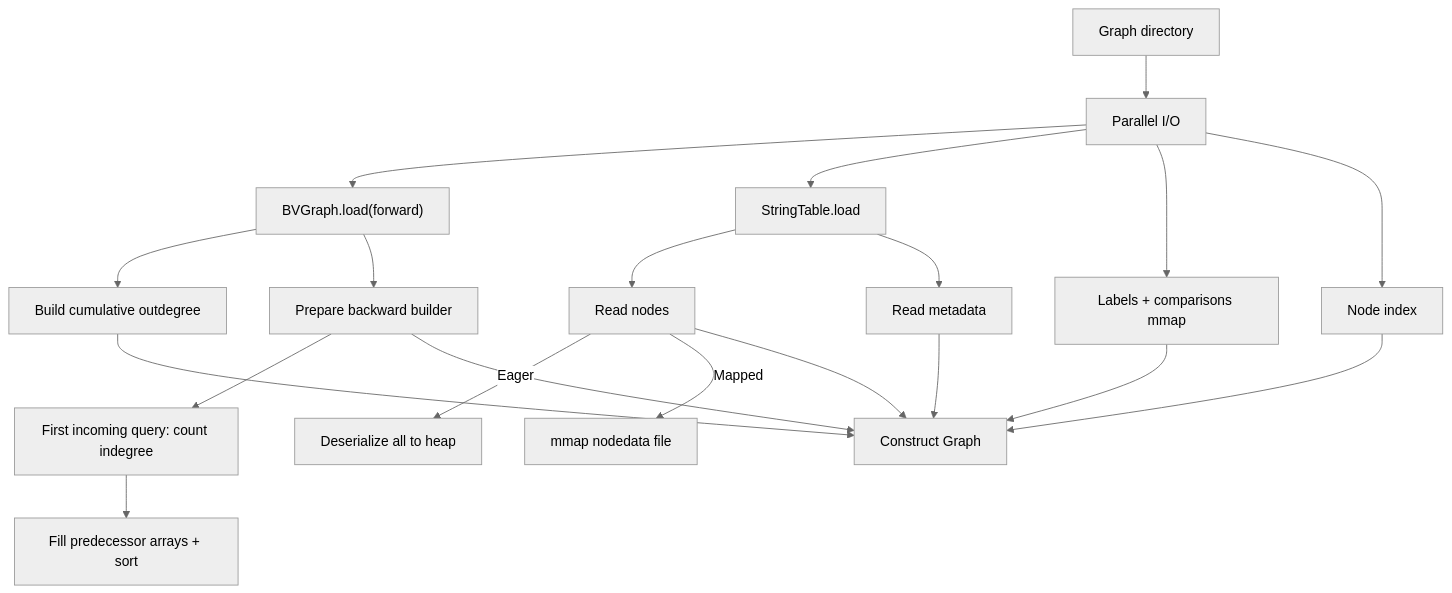
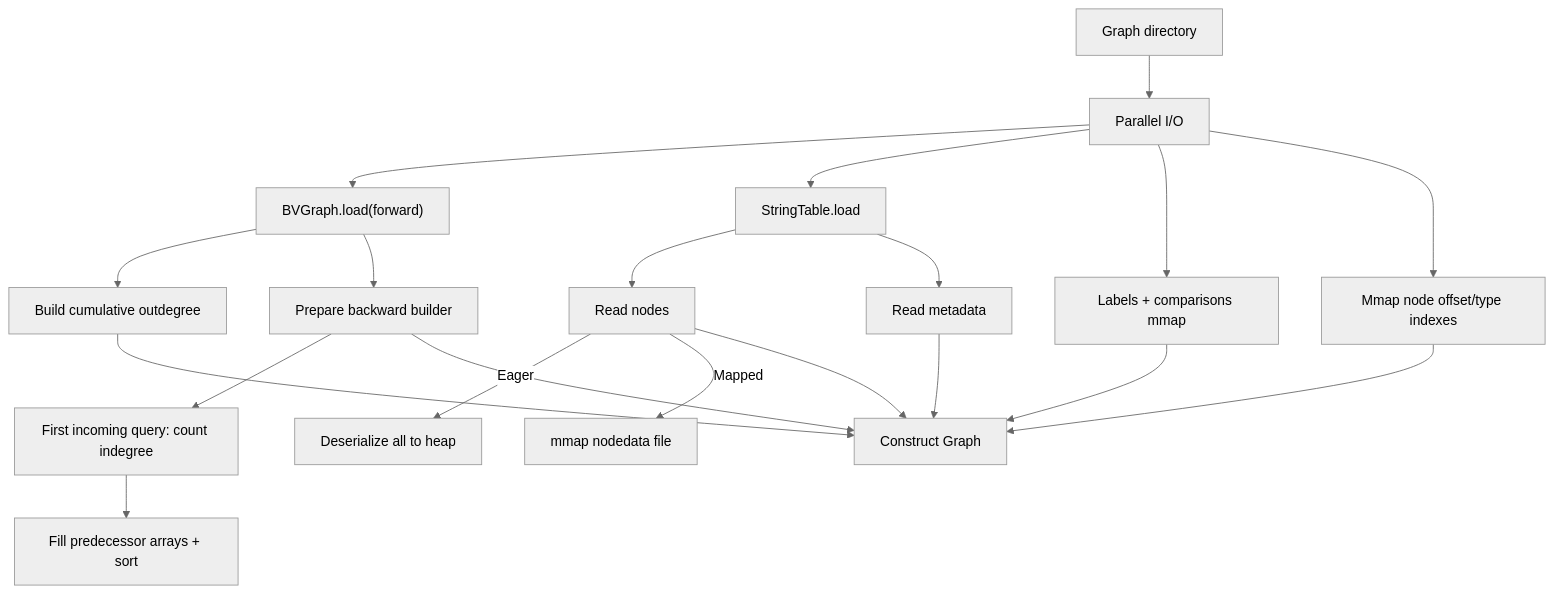
One commit to johnsonlee/graphite changed the second of 2 diagrams in docs/webgraph-storage.md. Above: the diagram before and after it, drawn with Mermaid (neutral theme). The commit also changed other lines of this file and 7 other files, not shown here.

Commit message:
Map persisted node indexes

````diff
--- a/docs/webgraph-storage.md
+++ b/docs/webgraph-storage.md
@@ -78,17 +84,17 @@
 ```mermaid
 graph TD
     A[Graph directory] --> B[Parallel I/O]
     B --> B1["BVGraph.load(forward)"]
     B --> B2[StringTable.load]
     B --> B3[Labels + comparisons mmap]
-    B --> B4[Node index]
+    B --> B4[Mmap node offset/type indexes]
     B1 --> C[Build cumulative outdegree]
     B1 --> D[Prepare backward builder]
     D --> D1[First incoming query: count indegree]
     D1 --> D2[Fill predecessor arrays + sort]
     B2 --> E[Read nodes]
     E -->|Eager| E1[Deserialize all to heap]
     E -->|Mapped| E2[mmap nodedata file]
     B2 --> F[Read metadata]
 C & D & B3 & B4 & E & F --> G[Construct Graph]
 ```
````
